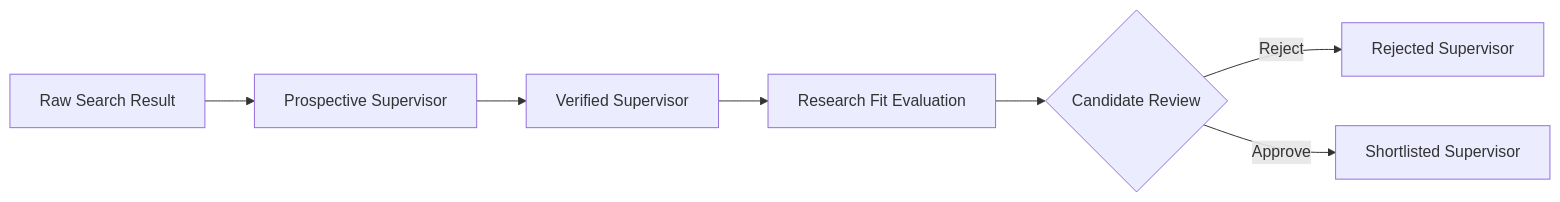
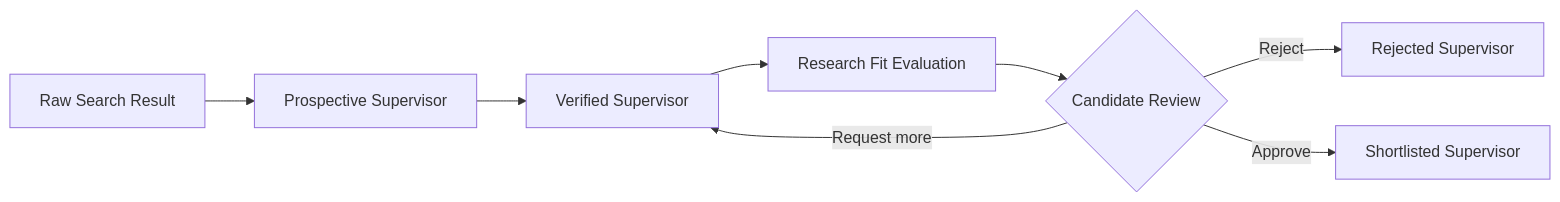
The diagram in projects/scholar-path/docs/terminology.md (shanly-rajan/ai-builder), drawn with Mermaid before and after one commit. The commit also changed other lines of this file and 16 other files, not shown here.

````diff
--- a/projects/scholar-path/docs/terminology.md
+++ b/projects/scholar-path/docs/terminology.md
@@ -24,9 +24,10 @@
 ```mermaid
 flowchart LR
     A[Raw Search Result] --> B[Prospective Supervisor]
     B --> C[Verified Supervisor]
     C --> D[Research Fit Evaluation]
     D --> E{Candidate Review}
     E -->|Reject| F[Rejected Supervisor]
     E -->|Approve| G[Shortlisted Supervisor]
+    E -->|Request more| C
 ```
````
